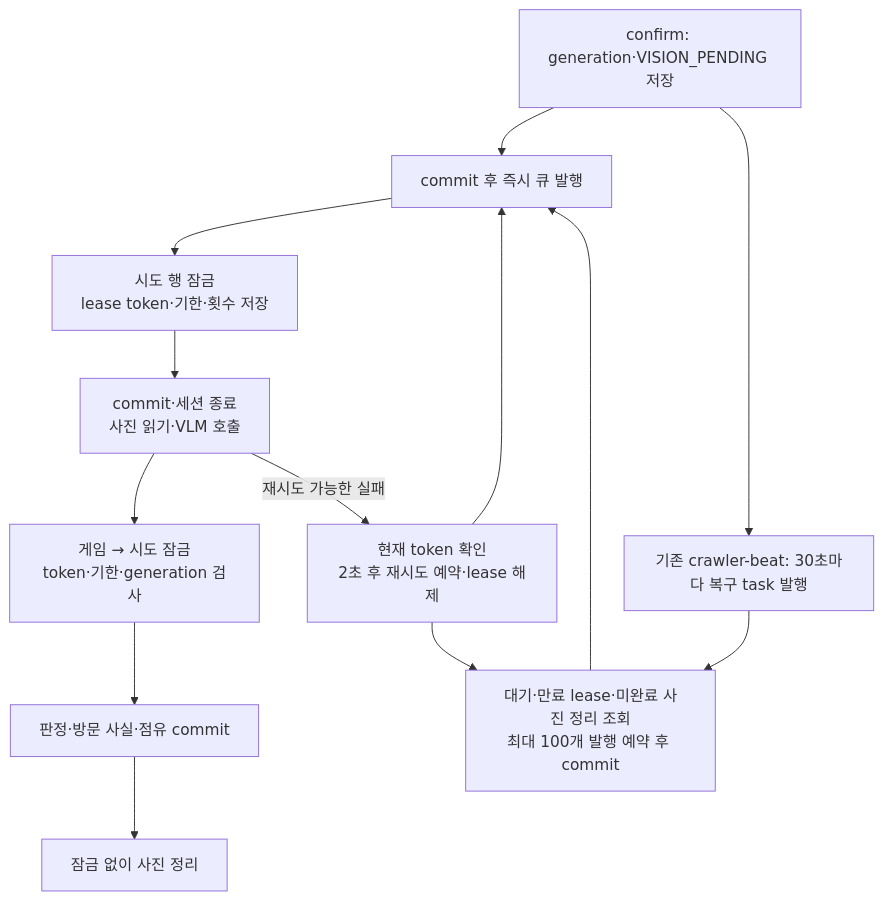
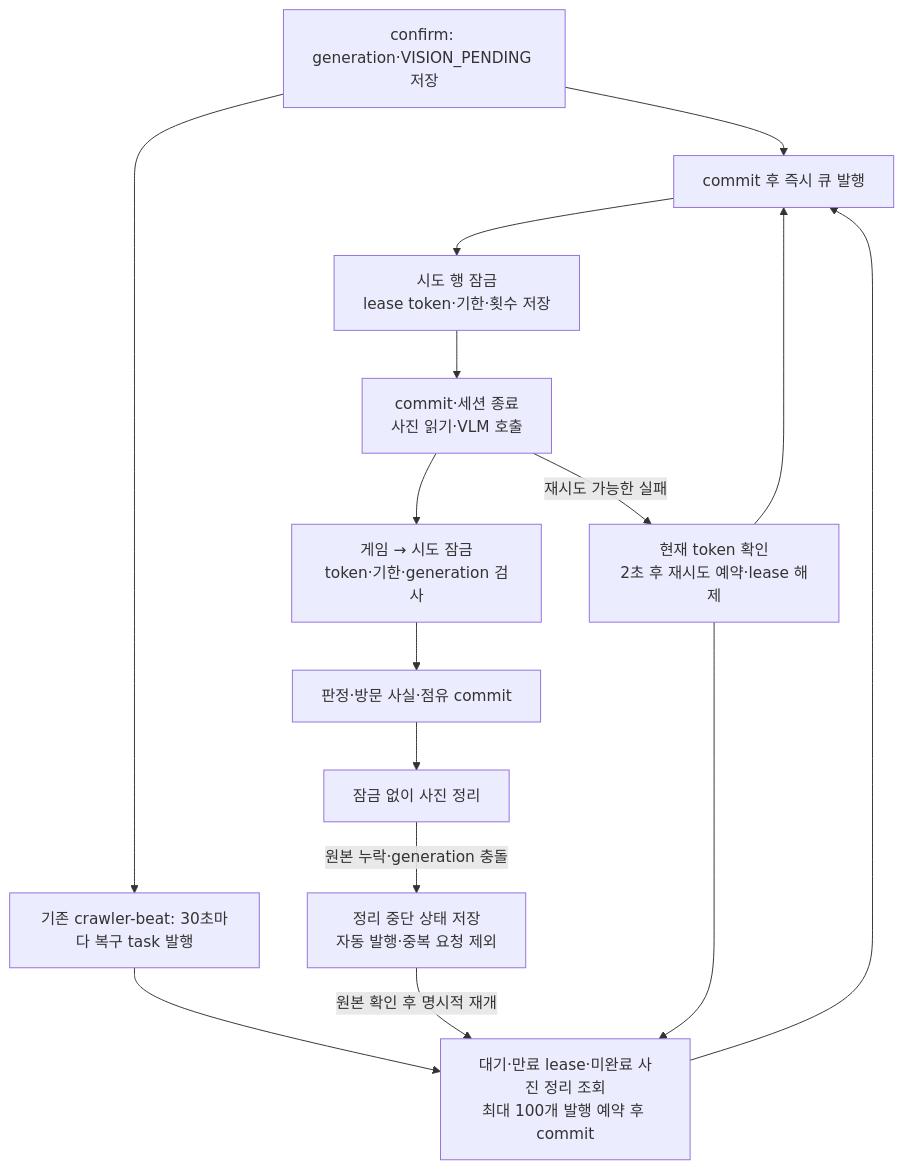
The diagram in docs/territory/vision-worker.md (SAJOYO/DAENGS_dev), drawn with Mermaid before and after one commit. The commit also changed other lines of this file and 12 other files, not shown here.

````diff
--- a/docs/territory/vision-worker.md
+++ b/docs/territory/vision-worker.md
@@ -26,15 +27,17 @@
 ```mermaid
 flowchart TD
     C[confirm: generation·VISION_PENDING 저장] --> Q[commit 후 즉시 큐 발행]
     C --> B[기존 crawler-beat: 30초마다 복구 task 발행]
     B --> R[대기·만료 lease·미완료 사진 정리 조회<br/>최대 100개 발행 예약 후 commit]
     R --> Q
     Q --> L[시도 행 잠금<br/>lease token·기한·횟수 저장]
     L --> E[commit·세션 종료<br/>사진 읽기·VLM 호출]
     E --> F[게임 → 시도 잠금<br/>token·기한·generation 검사]
     F --> D[판정·방문 사실·점유 commit]
     D --> X[잠금 없이 사진 정리]
+    X -->|원본 누락·generation 충돌| H[정리 중단 상태 저장<br/>자동 발행·중복 요청 제외]
+    H -->|원본 확인 후 명시적 재개| R
     E -->|재시도 가능한 실패| T[현재 token 확인<br/>2초 후 재시도 예약·lease 해제]
     T --> Q
     T --> R
 ```
````
